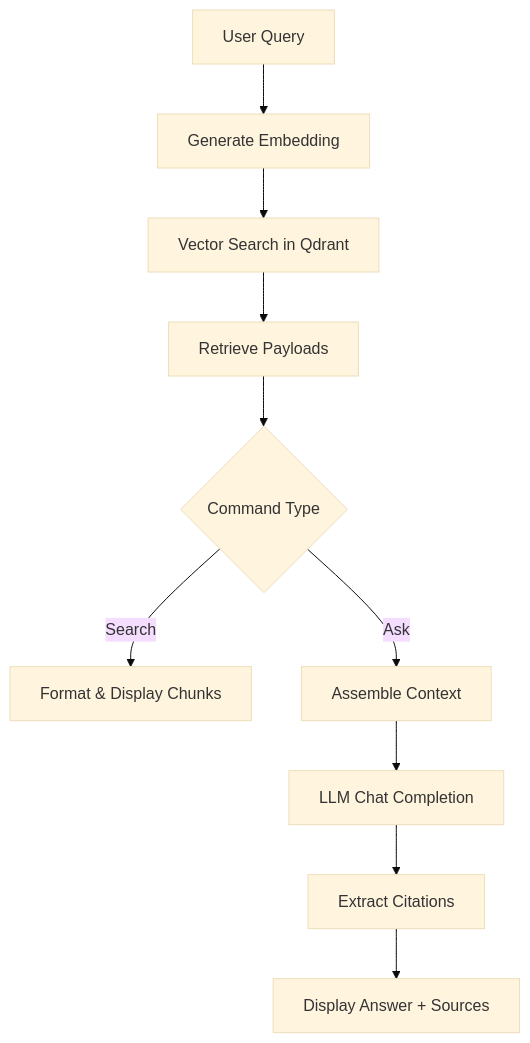
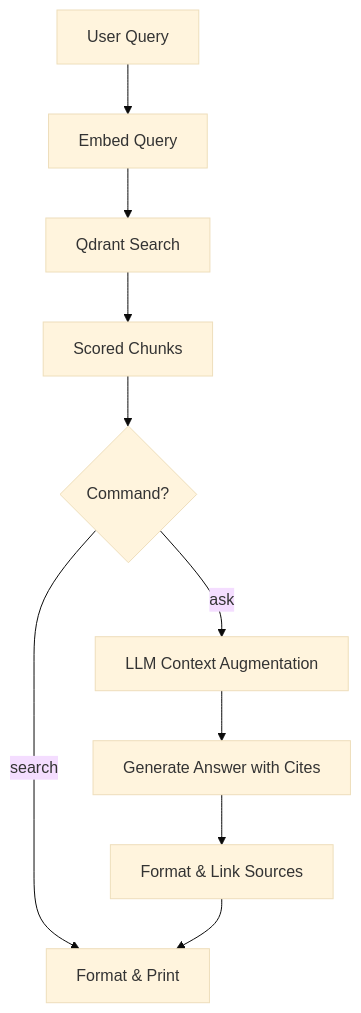
One commit to quantmind-br/mgrep changed the second of 2 diagrams in .ai/docs/data_flow_analysis.md. Above: the diagram before and after it, drawn with Mermaid (base theme). The commit also changed other lines of this file and 20 other files, not shown here.

````diff
--- a/.ai/docs/data_flow_analysis.md
+++ b/.ai/docs/data_flow_analysis.md
@@ -88,12 +80,12 @@
 ```mermaid
 graph TD
-    A[User Query] --> B[Generate Embedding]
-    B --> C[Vector Search in Qdrant]
-    C --> D[Retrieve Payloads]
-    D --> E{Command Type}
-    E -- Search --> F[Format & Display Chunks]
-    E -- Ask --> G[Assemble Context]
-    G --> H[LLM Chat Completion]
-    H --> I[Extract Citations]
-    I --> J[Display Answer + Sources]
+    Query[User Query] --> Embed[Embed Query]
+    Embed --> VectorSearch[Qdrant Search]
+    VectorSearch --> Chunks[Scored Chunks]
+    Chunks --> RAG{Command?}
+    RAG -- search --> Output[Format & Print]
+    RAG -- ask --> LLM[LLM Context Augmentation]
+    LLM --> Answer[Generate Answer with Cites]
+    Answer --> Format[Format & Link Sources]
+    Format --> Output
 ```
````
